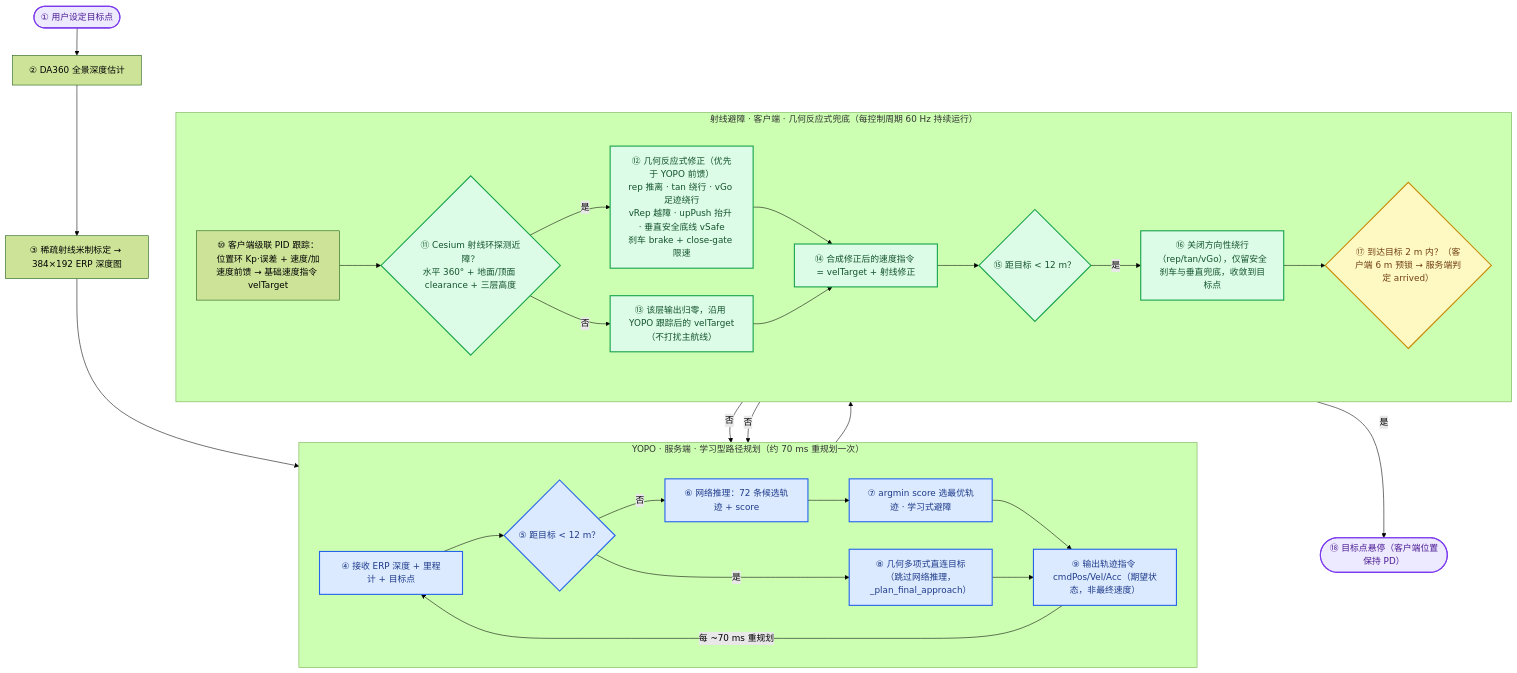
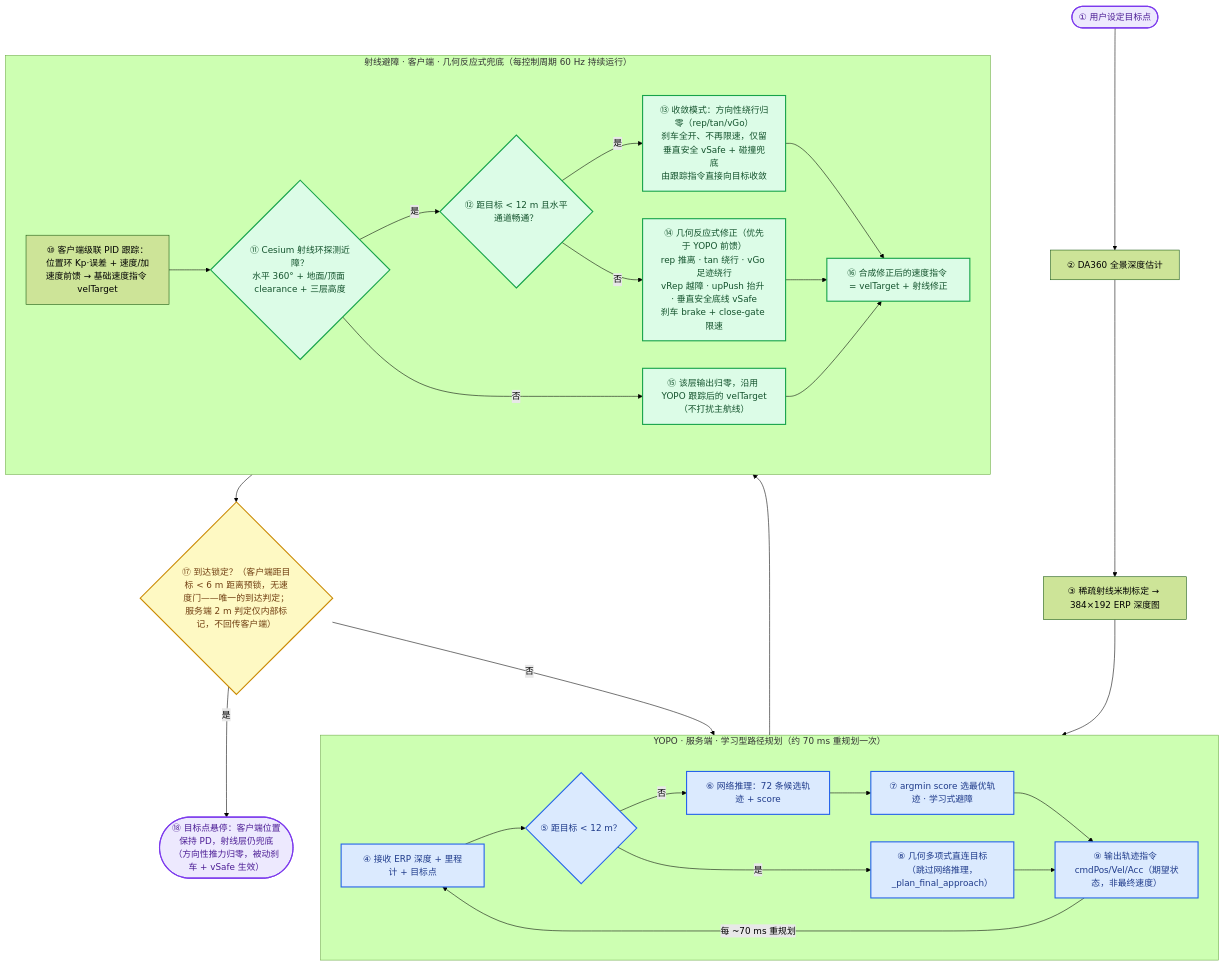
The diagram in README.md (wuuwuu26/MindCloud_World_Fly_Private), drawn with Mermaid (forest theme) before and after one commit. The commit also changed 1 other file, not shown here.

Commit message:
docs: 修正导航总览图与代码不符的三处逻辑（12m 收敛条件、刹车语义、到达判据）

````diff
--- a/README.md
+++ b/README.md
@@ -69,46 +69,45 @@
 ```mermaid
 flowchart TD
     classDef yopo fill:#dbeafe,stroke:#2563eb,stroke-width:2px,color:#1e3a8a;
     classDef ray fill:#dcfce7,stroke:#16a34a,stroke-width:2px,color:#14532d;
     classDef dec fill:#fef9c3,stroke:#ca8a04,stroke-width:2px,color:#713f12;
     classDef term fill:#ede9fe,stroke:#7c3aed,stroke-width:2px,color:#4c1d95;
 
     Start([① 用户设定目标点]) --> Depth[② DA360 全景深度估计]
     Depth --> Calib[③ 稀疏射线米制标定 → 384×192 ERP 深度图]
     Calib --> YIN
 
     subgraph YOPO["YOPO · 服务端 · 学习型路径规划（约 70 ms 重规划一次）"]
         direction LR
         YIN[④ 接收 ERP 深度 + 里程计 + 目标点]
         YIN --> Dist{⑤ 距目标 < 12 m？}
         Dist -->|否| Cands[⑥ 网络推理：72 条候选轨迹 + score]
         Cands --> Argmin[⑦ argmin score 选最优轨迹 · 学习式避障]
         Dist -->|是| Poly[⑧ 几何多项式直连目标<br/>（跳过网络推理，_plan_final_approach）]
         Argmin --> Cmd[⑨ 输出轨迹指令 cmdPos/Vel/Acc（期望状态，非最终速度）]
         Poly --> Cmd
         Cmd -->|每 ~70 ms 重规划| YIN
     end
     class YIN,Dist,Cands,Argmin,Poly,Cmd yopo;
 
     Cmd --> Track[⑩ 客户端级联 PID 跟踪：位置环 Kp·误差 + 速度/加速度前馈 → 基础速度指令 velTarget]
 
     subgraph RAY["射线避障 · 客户端 · 几何反应式兜底（每控制周期 60 Hz 持续运行）"]
         direction LR
         Track --> Probe{"⑪ Cesium 射线环探测近障？<br/>水平 360° + 地面/顶面 clearance + 三层高度"}
-        Probe -->|是| Field["⑫ 几何反应式修正（优先于 YOPO 前馈）<br/>rep 推离 · tan 绕行 · vGo 足迹绕行<br/>vRep 越障 · upPush 抬升 · 垂直安全底线 vSafe<br/>刹车 brake + close-gate 限速"]
-        Probe -->|否| Zero["⑬ 该层输出归零，沿用 YOPO 跟踪后的 velTarget（不打扰主航线）"]
-        Field --> Synth[⑭ 合成修正后的速度指令 = velTarget + 射线修正]
+        Probe -->|是| Near{⑫ 距目标 < 12 m 且水平通道畅通？}
+        Near -->|是| Converge["⑬ 收敛模式：方向性绕行归零（rep/tan/vGo）<br/>刹车全开、不再限速，仅留垂直安全 vSafe + 碰撞兜底<br/>由跟踪指令直接向目标收敛"]
+        Near -->|否| Field["⑭ 几何反应式修正（优先于 YOPO 前馈）<br/>rep 推离 · tan 绕行 · vGo 足迹绕行<br/>vRep 越障 · upPush 抬升 · 垂直安全底线 vSafe<br/>刹车 brake + close-gate 限速"]
+        Probe -->|否| Zero["⑮ 该层输出归零，沿用 YOPO 跟踪后的 velTarget（不打扰主航线）"]
+        Converge --> Synth[⑯ 合成修正后的速度指令 = velTarget + 射线修正]
+        Field --> Synth
         Zero --> Synth
-        Synth --> Near{⑮ 距目标 < 12 m？}
-        Near -->|是| Converge["⑯ 关闭方向性绕行（rep/tan/vGo），仅留安全刹车与垂直兜底，收敛到目标点"]
-        Converge --> Arrive
-        Near -->|否| YIN
     end
-    class Probe,Field,Zero,Synth,Near,Converge ray;
+    class Probe,Near,Converge,Field,Zero,Synth ray;
 
-    Arrive{"⑰ 到达目标 2 m 内？（客户端 6 m 预锁 → 服务端判定 arrived）"}
+    Synth --> Arrive{"⑰ 到达锁定？（客户端距目标 < 6 m 距离预锁，无速度门——唯一的到达判定；服务端 2 m 判定仅内部标记，不回传客户端）"}
     Arrive -->|否| YIN
-    Arrive -->|是| End([⑱ 目标点悬停（客户端位置保持 PD）])
+    Arrive -->|是| End([⑱ 目标点悬停：客户端位置保持 PD，射线层仍兜底（方向性推力归零，被动刹车 + vSafe 生效）])
     class Arrive dec;
     class Start,End term;
 ```
````
